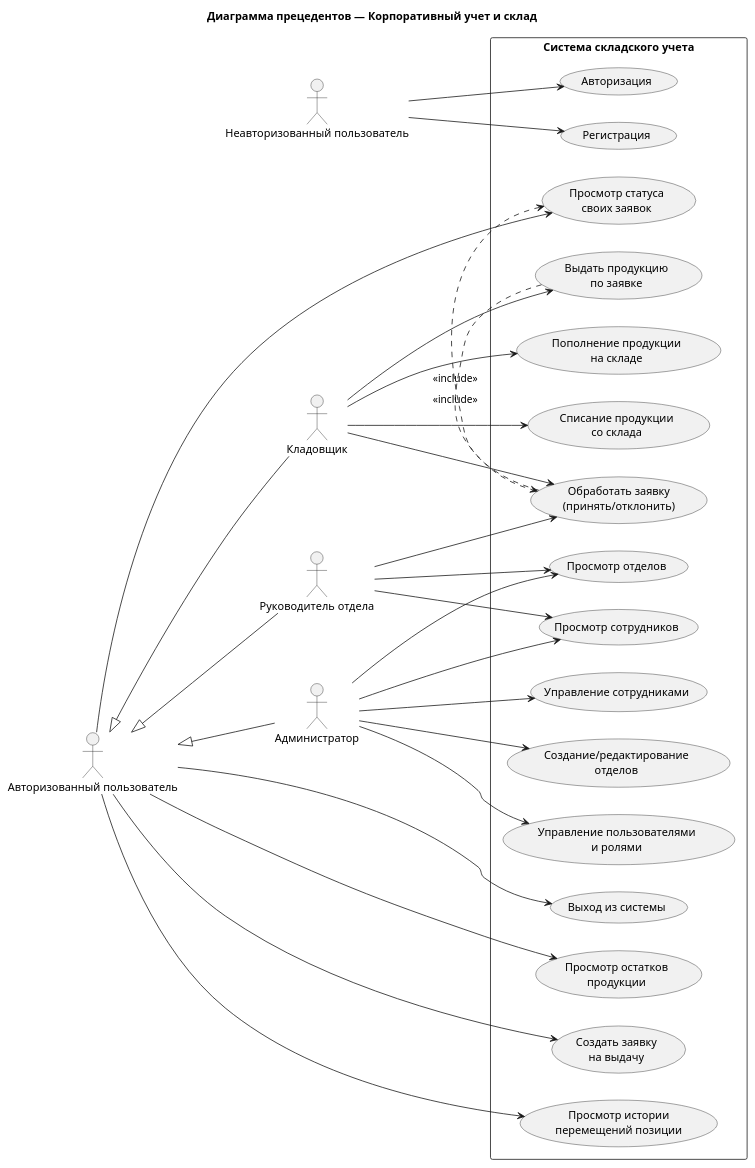
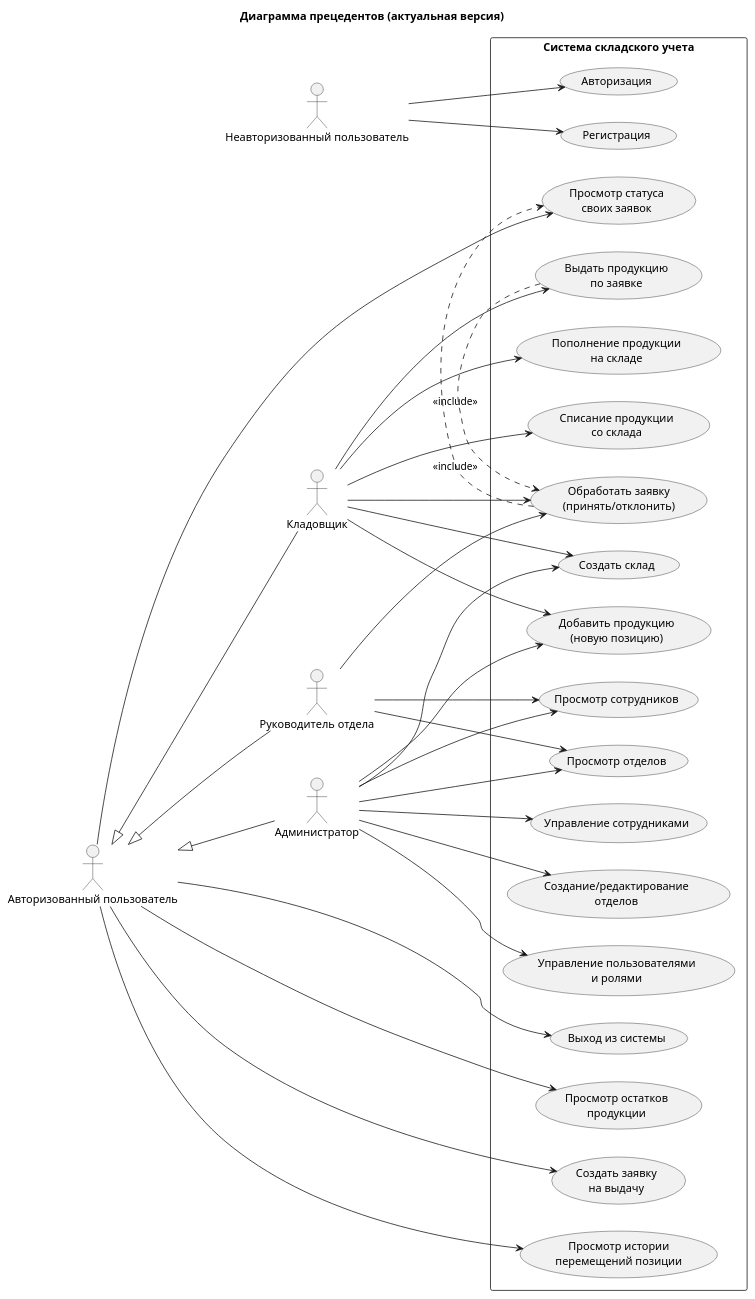
The diagram in docs/assets/diagrams/Диаграмма_прецедентов.puml (koluiree/warehouse), drawn with PlantUML before and after one commit. The commit also changed 91 other files, not shown here.

```diff
--- a/docs/assets/diagrams/Диаграмма_прецедентов.puml
+++ b/docs/assets/diagrams/Диаграмма_прецедентов.puml
@@ -1,65 +1,71 @@
 @startuml
-title Диаграмма прецедентов — Корпоративный учет и склад
+title Диаграмма прецедентов (актуальная версия)
 left to right direction
 
 actor "Неавторизованный пользователь" as Guest
 actor "Авторизованный пользователь" as User
 actor "Кладовщик" as Storekeeper
 actor "Руководитель отдела" as DepartmentHead
 actor "Администратор" as Admin
 
 User <|-- Storekeeper
 User <|-- DepartmentHead
 User <|-- Admin
 
 rectangle "Система складского учета" {
   usecase "Регистрация" as UC_Register
   usecase "Авторизация" as UC_Login
   usecase "Выход из системы" as UC_Logout
 
   usecase "Просмотр остатков\nпродукции" as UC_ViewStock
+  usecase "Создать склад" as UC_CreateWarehouse
+  usecase "Добавить продукцию\n(новую позицию)" as UC_CreateProduct
   usecase "Создать заявку\nна выдачу" as UC_CreateRequest
   usecase "Просмотр статуса\nсвоих заявок" as UC_ViewOwnRequests
   usecase "Просмотр истории\nперемещений позиции" as UC_ViewHistory
 
   usecase "Пополнение продукции\nна складе" as UC_Receipt
   usecase "Списание продукции\nсо склада" as UC_WriteOff
   usecase "Выдать продукцию\nпо заявке" as UC_IssueByRequest
   usecase "Обработать заявку\n(принять/отклонить)" as UC_ProcessRequest
 
   usecase "Просмотр сотрудников" as UC_ViewEmployees
   usecase "Управление сотрудниками" as UC_ManageEmployees
   usecase "Просмотр отделов" as UC_ViewDepartments
   usecase "Создание/редактирование\nотделов" as UC_ManageDepartments
 
   usecase "Управление пользователями\nи ролями" as UC_ManageUsersRoles
 }
 
 Guest --> UC_Register
 Guest --> UC_Login
 
 User --> UC_Logout
 User --> UC_ViewStock
 User --> UC_CreateRequest
 User --> UC_ViewOwnRequests
 User --> UC_ViewHistory
 
 Storekeeper --> UC_Receipt
 Storekeeper --> UC_WriteOff
 Storekeeper --> UC_IssueByRequest
 Storekeeper --> UC_ProcessRequest
+Storekeeper --> UC_CreateWarehouse
+Storekeeper --> UC_CreateProduct
 
 DepartmentHead --> UC_ViewEmployees
 DepartmentHead --> UC_ViewDepartments
 DepartmentHead --> UC_ProcessRequest
 
 Admin --> UC_ManageUsersRoles
 Admin --> UC_ManageEmployees
 Admin --> UC_ManageDepartments
 Admin --> UC_ViewEmployees
 Admin --> UC_ViewDepartments
+Admin --> UC_CreateWarehouse
+Admin --> UC_CreateProduct
 
 UC_IssueByRequest .> UC_ProcessRequest : <<include>>
 UC_ProcessRequest .> UC_ViewOwnRequests : <<include>>
 
 @enduml
```
